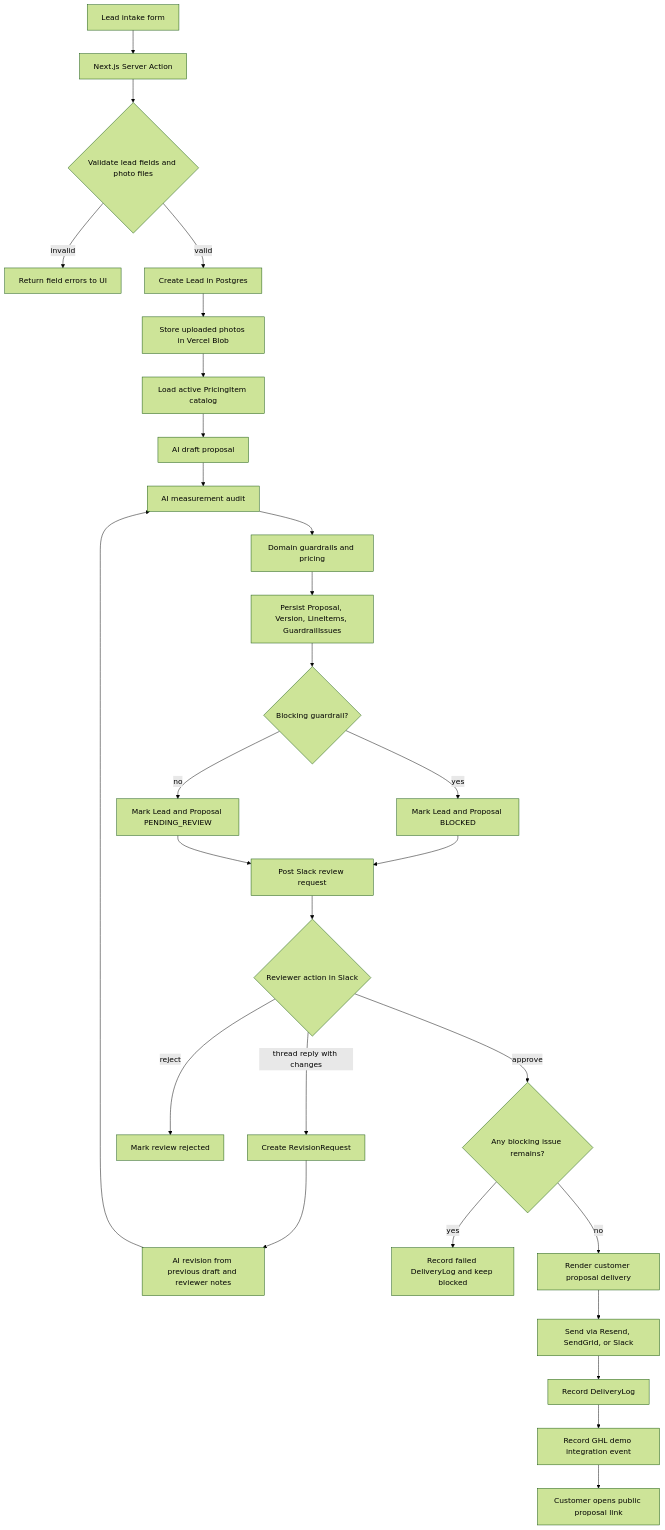
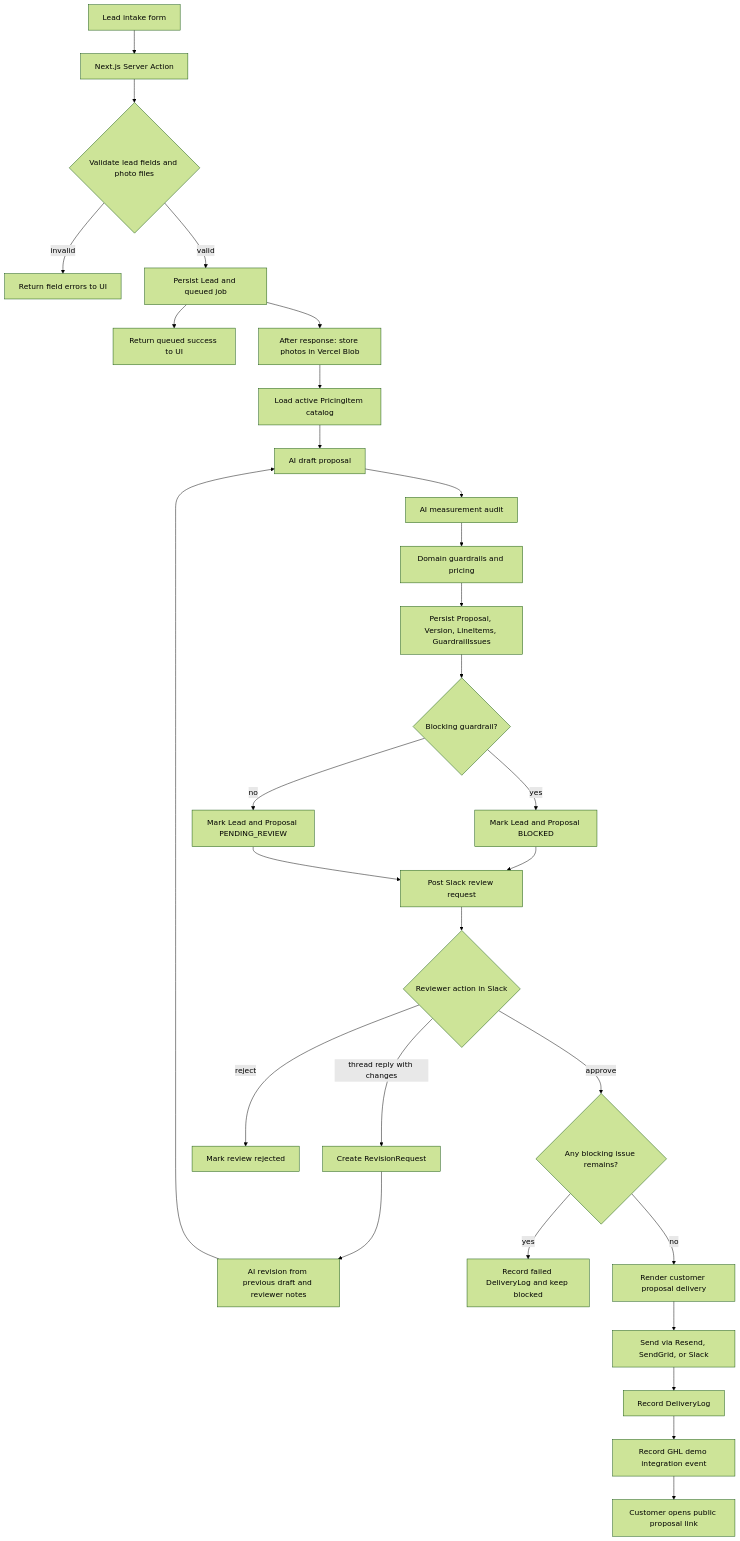
Before and after one commit to srpiroliro/lands: the first of 3 diagrams in README.md, drawn with Mermaid (forest theme). The commit also changed other lines of this file and 9 other files, not shown here.

````diff
--- a/README.md
+++ b/README.md
@@ -9,30 +9,31 @@
 ```mermaid
 flowchart TD
   A[Lead intake form] --> B[Next.js Server Action]
   B --> C{Validate lead fields and photo files}
   C -- invalid --> D[Return field errors to UI]
-  C -- valid --> E[Create Lead in Postgres]
-  E --> F[Store uploaded photos in Vercel Blob]
-  F --> G[Load active PricingItem catalog]
-  G --> H[AI draft proposal]
-  H --> I[AI measurement audit]
-  I --> J[Domain guardrails and pricing]
-  J --> K[Persist Proposal, Version, LineItems, GuardrailIssues]
-  K --> L{Blocking guardrail?}
-  L -- yes --> M[Mark Lead and Proposal BLOCKED]
-  L -- no --> N[Mark Lead and Proposal PENDING_REVIEW]
+  C -- valid --> E[Persist Lead and queued job]
+  E --> F[Return queued success to UI]
+  E --> G[After response: store photos in Vercel Blob]
+  G --> H[Load active PricingItem catalog]
+  H --> I[AI draft proposal]
+  I --> J[AI measurement audit]
+  J --> K[Domain guardrails and pricing]
+  K --> Persisted[Persist Proposal, Version, LineItems, GuardrailIssues]
+  Persisted --> BlockedCheck{Blocking guardrail?}
+  BlockedCheck -- yes --> M[Mark Lead and Proposal BLOCKED]
+  BlockedCheck -- no --> N[Mark Lead and Proposal PENDING_REVIEW]
   M --> O[Post Slack review request]
   N --> O
   O --> P{Reviewer action in Slack}
   P -- thread reply with changes --> Q[Create RevisionRequest]
   Q --> R[AI revision from previous draft and reviewer notes]
   R --> I
   P -- reject --> S[Mark review rejected]
   P -- approve --> T{Any blocking issue remains?}
   T -- yes --> U[Record failed DeliveryLog and keep blocked]
   T -- no --> V[Render customer proposal delivery]
   V --> W[Send via Resend, SendGrid, or Slack]
   W --> X[Record DeliveryLog]
   X --> Y[Record GHL demo integration event]
   Y --> Z[Customer opens public proposal link]
 ```
````
